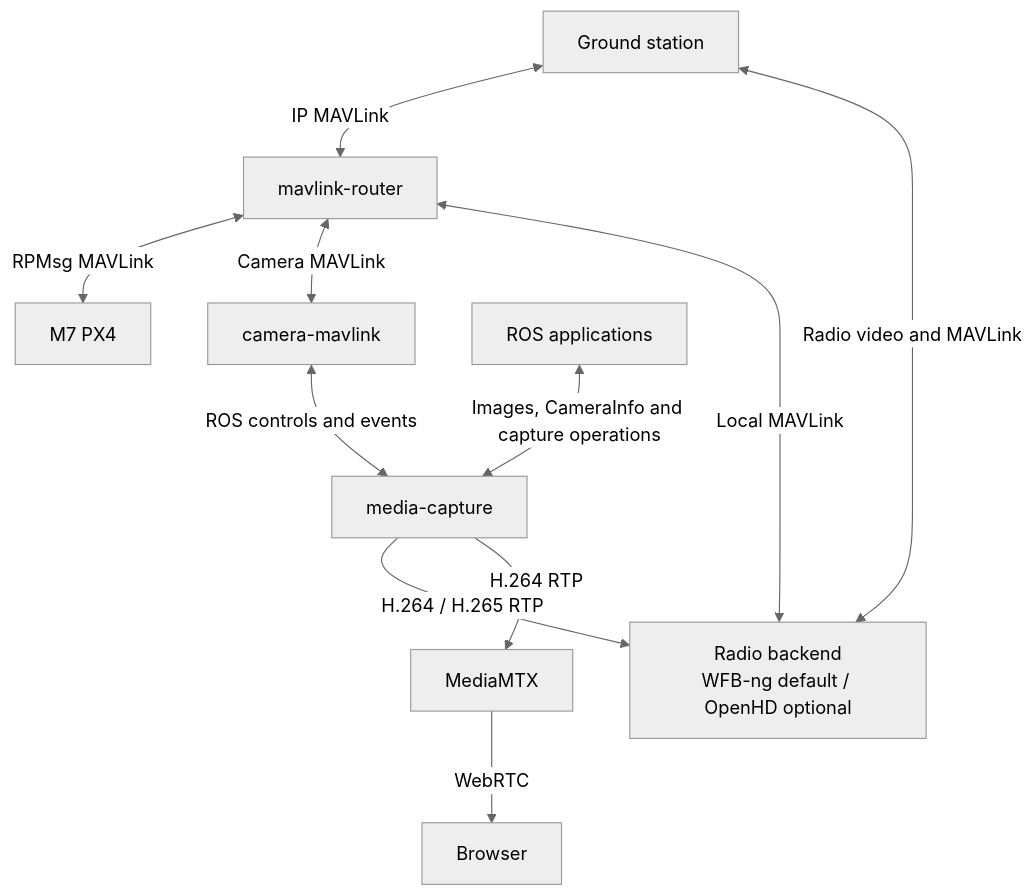
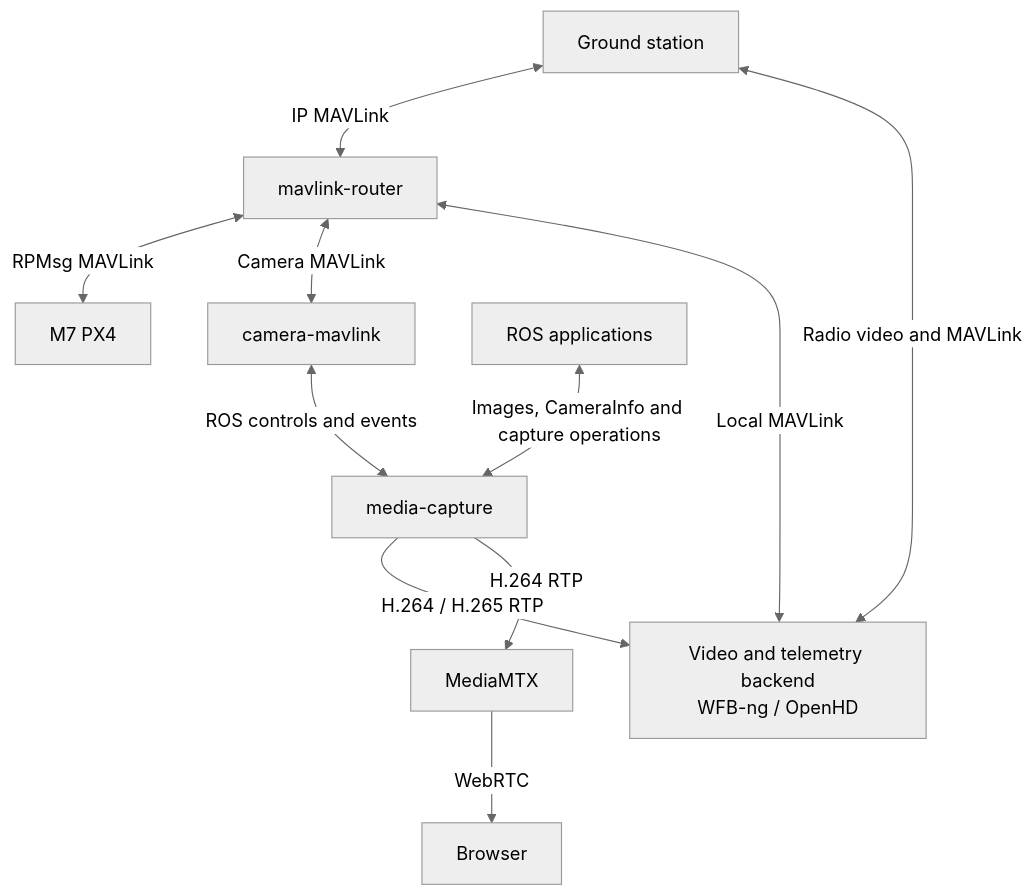
The second of 4 diagrams in src/README.md (Swamy-BV/meta-raven), drawn with Mermaid (neutral theme) before and after one commit. The commit also changed 6 other files, not shown here.

````diff
--- a/src/README.md
+++ b/src/README.md
@@ -25,23 +25,23 @@
 ```mermaid
 flowchart TD
     ground["Ground station"]
     router["mavlink-router"]
-    radio["Radio backend<br/>WFB-ng default / OpenHD optional"]
+    radio["Video and telemetry backend<br/>WFB-ng / OpenHD"]
     px4["M7 PX4"]
     camera["camera-mavlink"]
     capture["media-capture"]
     ros["ROS applications"]
     preview["MediaMTX"]
     browser["Browser"]
 
     ground <-->|IP MAVLink| router
     ground <-->|Radio video and MAVLink| radio
     radio <-->|Local MAVLink| router
     capture -->|H.264 / H.265 RTP| radio
     router <-->|RPMsg MAVLink| px4
     router <-->|Camera MAVLink| camera
     camera <-->|ROS controls and events| capture
     ros <-->|Images, CameraInfo and capture operations| capture
     capture -->|H.264 RTP| preview
     preview -->|WebRTC| browser
 ```
````
